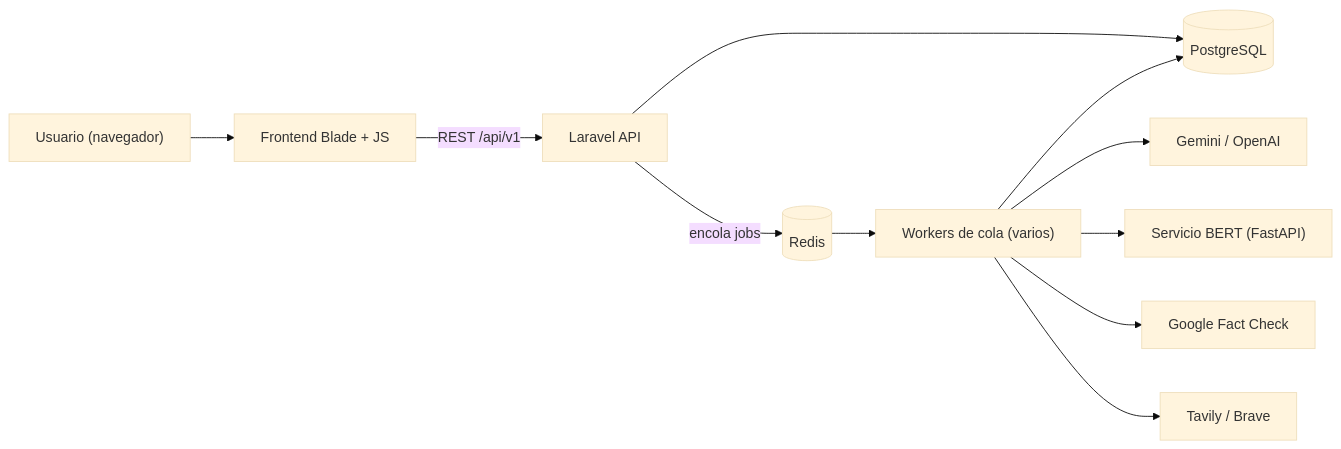
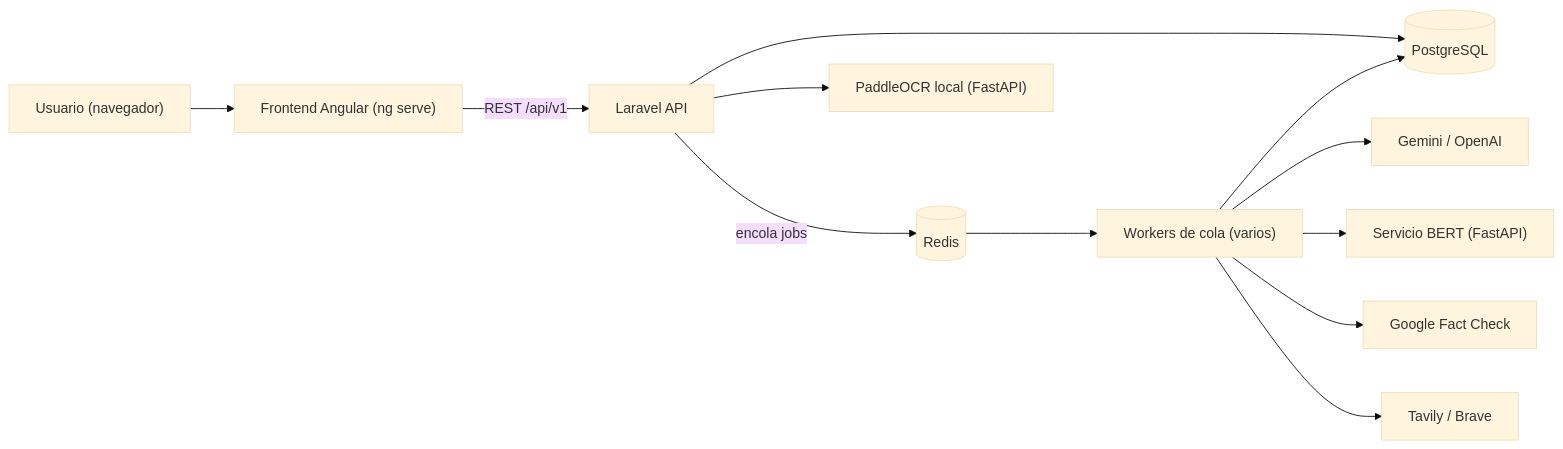
One commit to JhayDarko/backend changed the first of 4 diagrams in README.md. Above: the diagram before and after it, drawn with Mermaid (base theme). The commit also changed other lines of this file and 178 other files, not shown here.

````diff
--- a/README.md
+++ b/README.md
@@ -93,13 +96,14 @@
 ```mermaid
 flowchart LR
-    U["Usuario (navegador)"] --> W["Frontend Blade + JS"]
+    U["Usuario (navegador)"] --> W["Frontend Angular (ng serve)"]
     W -->|"REST /api/v1"| A["Laravel API"]
     A --> PG[("PostgreSQL")]
     A -->|"encola jobs"| R[("Redis")]
+    A --> OCR["PaddleOCR local (FastAPI)"]
     R --> Q["Workers de cola (varios)"]
     Q --> PG
     Q --> G["Gemini / OpenAI"]
     Q --> B["Servicio BERT (FastAPI)"]
     Q --> F["Google Fact Check"]
     Q --> S["Tavily / Brave"]
 ```
````
